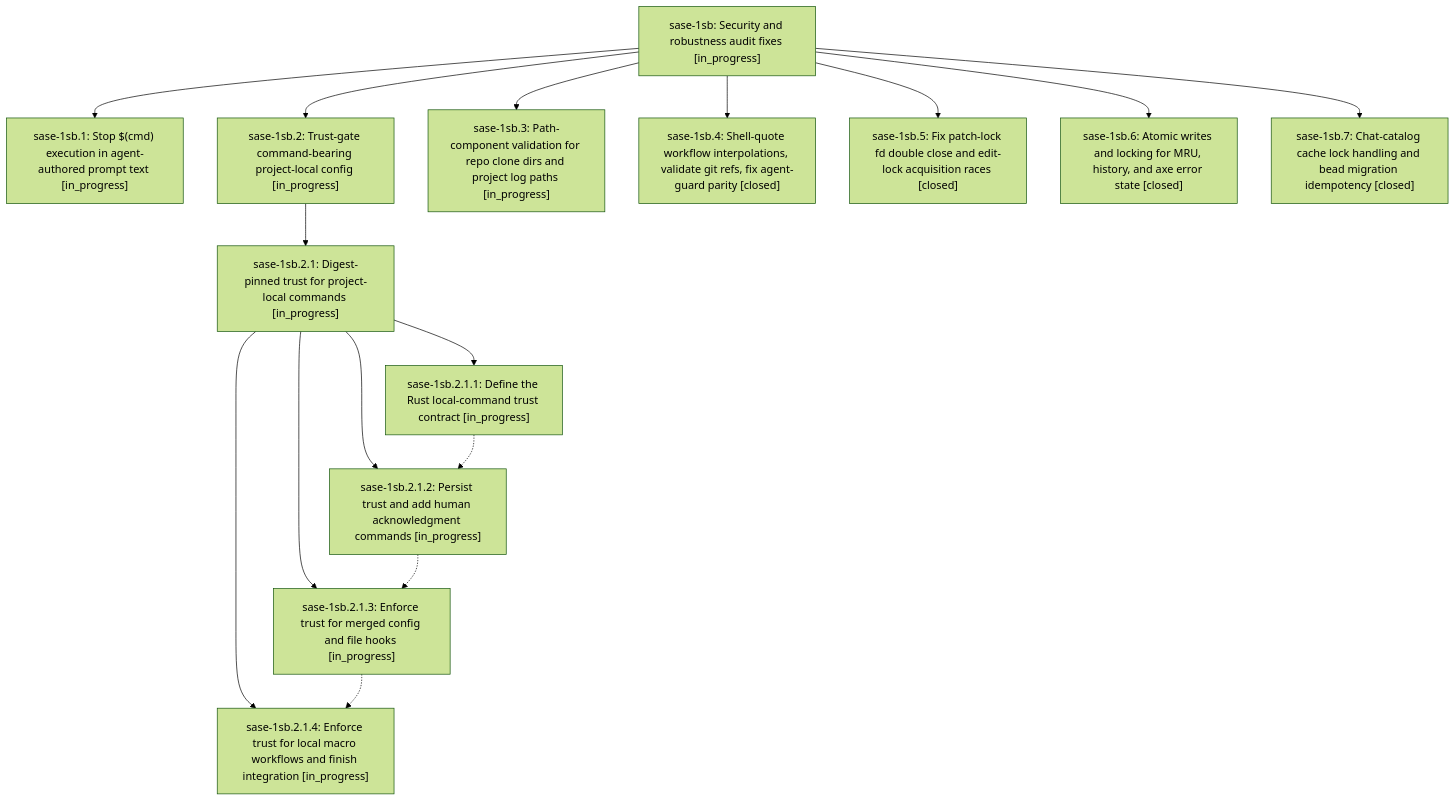
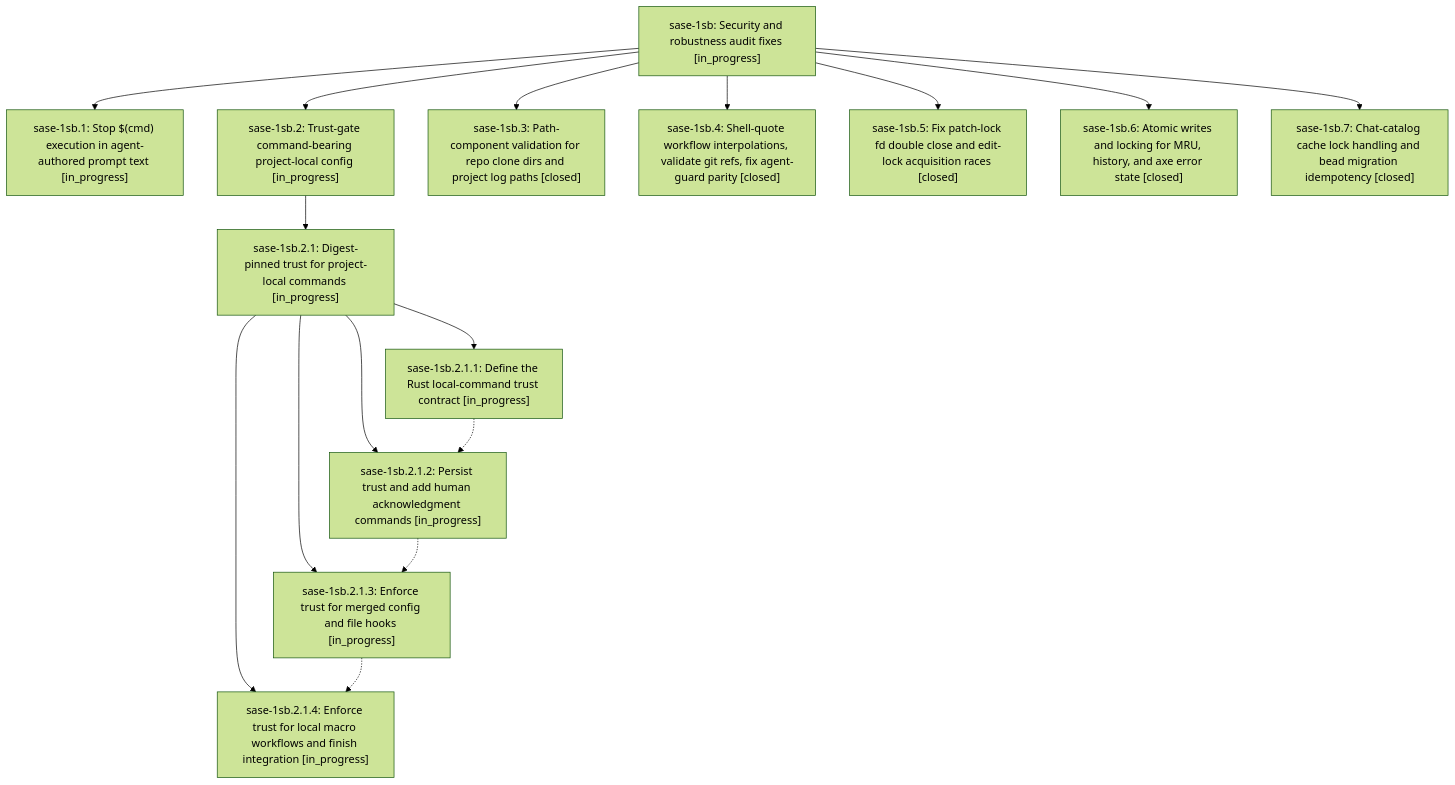
Before and after one commit to sase-org/sase--beads: the diagram in pages/sase-1sb/README.md, drawn with Mermaid (forest theme). The commit also changed other lines of this file and 2 other files, not shown here.

First line of the commit message:
chore(beads): sync bead state and pages for sase-1sb

````diff
--- a/pages/sase-1sb/README.md
+++ b/pages/sase-1sb/README.md
@@ -40,31 +40,31 @@
 ```mermaid
 flowchart TD
     n0["sase-1sb: Security and robustness audit fixes [in_progress]"]
     n1["sase-1sb.1: Stop $(cmd) execution in agent-authored prompt text [in_progress]"]
     n2["sase-1sb.2: Trust-gate command-bearing project-local config [in_progress]"]
     n3["sase-1sb.2.1: Digest-pinned trust for project-local commands [in_progress]"]
     n4["sase-1sb.2.1.1: Define the Rust local-command trust contract [in_progress]"]
     n5["sase-1sb.2.1.2: Persist trust and add human acknowledgment commands [in_progress]"]
     n6["sase-1sb.2.1.3: Enforce trust for merged config and file hooks [in_progress]"]
     n7["sase-1sb.2.1.4: Enforce trust for local macro workflows and finish integration [in_progress]"]
-    n8["sase-1sb.3: Path-component validation for repo clone dirs and project log paths [in_progress]"]
+    n8["sase-1sb.3: Path-component validation for repo clone dirs and project log paths [closed]"]
     n9["sase-1sb.4: Shell-quote workflow interpolations, validate git refs, fix agent-guard parity [closed]"]
     n10["sase-1sb.5: Fix patch-lock fd double close and edit-lock acquisition races [closed]"]
     n11["sase-1sb.6: Atomic writes and locking for MRU, history, and axe error state [closed]"]
     n12["sase-1sb.7: Chat-catalog cache lock handling and bead migration idempotency [closed]"]
     n0 --> n1
     n0 --> n2
     n2 --> n3
     n3 --> n4
     n3 --> n5
     n3 --> n6
     n3 --> n7
     n0 --> n8
     n0 --> n9
     n0 --> n10
     n0 --> n11
     n0 --> n12
     n4 -.-> n5
     n5 -.-> n6
     n6 -.-> n7
 ```
````
